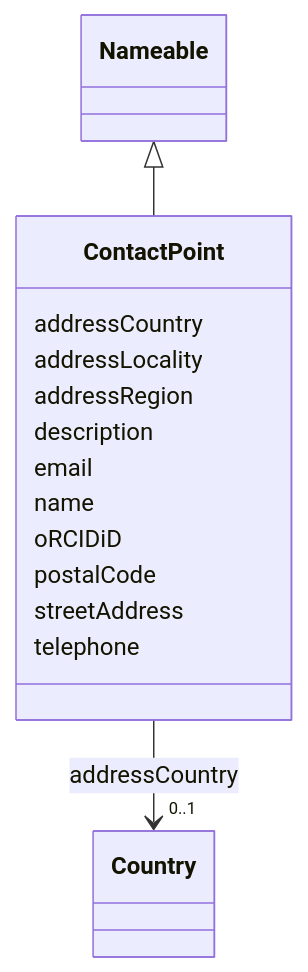
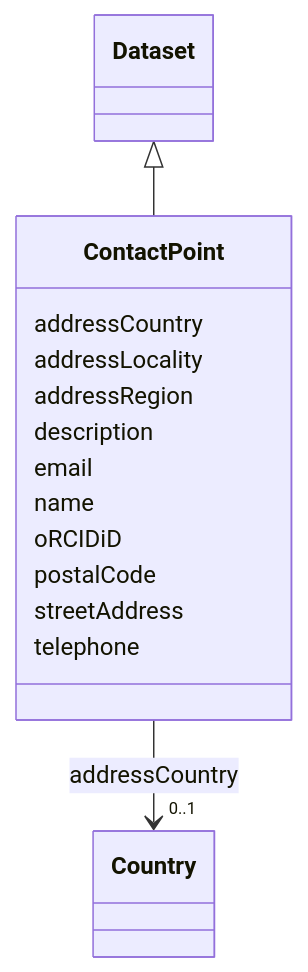
Before and after one commit to EVORA-project/evora-ontology: the diagram in models/docs/ContactPoint.md, drawn with Mermaid. The commit also changed other lines of this file and 462 other files, not shown here.

````diff
--- a/models/docs/ContactPoint.md
+++ b/models/docs/ContactPoint.md
@@ -19,36 +19,36 @@
 ```mermaid
  classDiagram
     class ContactPoint
     click ContactPoint href "../ContactPoint"
-      Nameable <|-- ContactPoint
-        click Nameable href "../Nameable"
+      Dataset <|-- ContactPoint
+        click Dataset href "../Dataset"
       
       ContactPoint : addressCountry
         
           
     
     
     ContactPoint --> "0..1" Country : addressCountry
     click Country href "../Country"
 
         
       ContactPoint : addressLocality
         
       ContactPoint : addressRegion
         
       ContactPoint : description
         
       ContactPoint : email
         
       ContactPoint : name
         
       ContactPoint : oRCIDiD
         
       ContactPoint : postalCode
         
       ContactPoint : streetAddress
         
       ContactPoint : telephone
         
       
 ```
````
